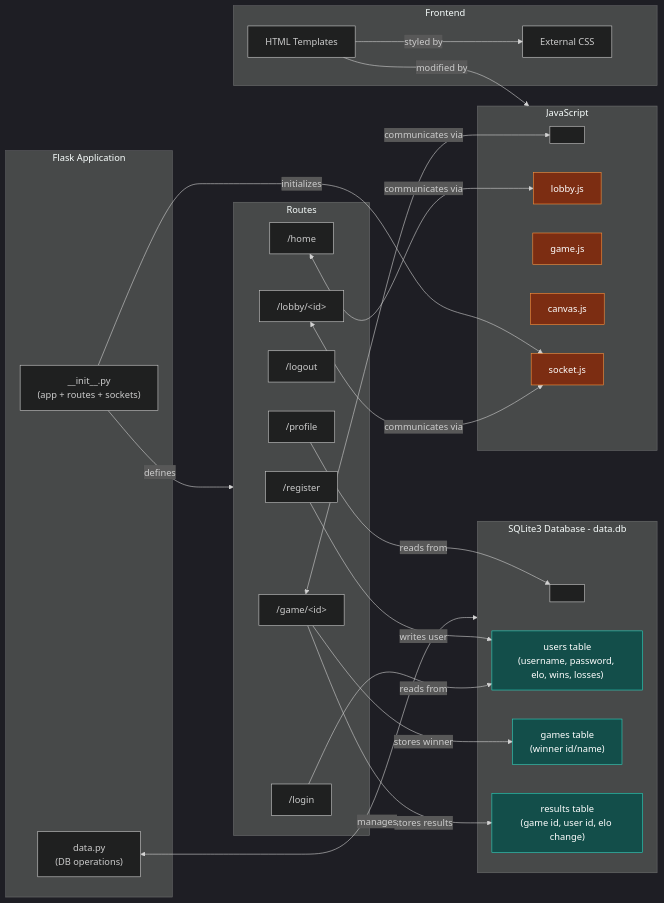
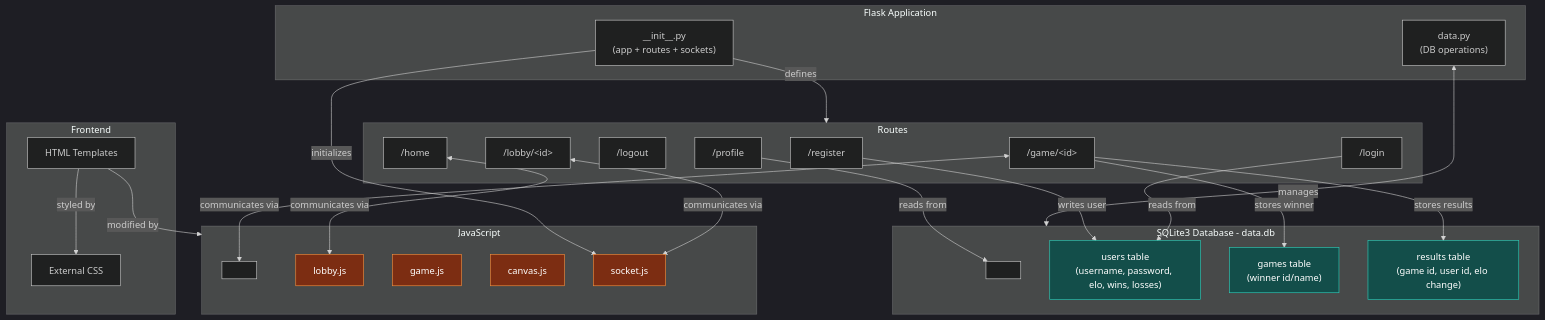
Before and after one commit to SadgeCat/CopyrightedArtist: the first of 2 diagrams in design.md, drawn with Mermaid.

Commit message:
clean up diamgra

````diff
--- a/design.md
+++ b/design.md
@@ -90,60 +90,60 @@
 ```mermaid
 ---
 config:
   theme: dark
 ---
-flowchart LR
+flowchart TB
  subgraph FlaskApp["Flask Application"]
         Init["__init__.py<br>(app + routes + sockets)"]
         DataPy["data.py<br>(DB operations)"]
   end
  subgraph RoutesDetail["Routes"]
         Register["/register"]
         Login["/login"]
         Logout["/logout"]
         Home["/home"]
         Lobby["/lobby/&lt;id&gt;"]
         Game["/game/&lt;id&gt;"]
         Profile["/profile"]
   end
  subgraph Database["SQLite3 Database - data.db"]
         DBAnchor[" "]
         UsersTable["users table<br>(username, password, elo, wins, losses)"]
         GamesTable["games table<br>(winner id/name)"]
         ResultsTable["results table<br>(game id, user id, elo change)"]
   end
  subgraph Frontend["Frontend"]
         HTML["HTML Templates"]
         CSS["External CSS"]
   end
  subgraph JSModules["JavaScript"]
         JSAnchor[" "]
         LobbyJS["lobby.js"]
         GameJS["game.js"]
         CanvasJS["canvas.js"]
         SocketJS["socket.js"]
   end
     Init -- defines --> RoutesDetail
     Init -- initializes --> SocketJS
     Register -- writes user --> UsersTable
     Login -- reads from --> UsersTable
     Profile -- reads from --> DBAnchor
     DataPy <-- manages --> Database
     Game -- stores winner --> GamesTable
     Game -- stores results --> ResultsTable
     HTML -- styled by --> CSS
     HTML -- modified by --> JSModules
     Home <-- communicates via --> LobbyJS
     Lobby <-- communicates via --> SocketJS
     Game <-- communicates via --> JSAnchor
 
      UsersTable:::dbNode
      GamesTable:::dbNode
      ResultsTable:::dbNode
      LobbyJS:::jsNode
      GameJS:::jsNode
      CanvasJS:::jsNode
      SocketJS:::jsNode
     classDef dbNode fill:#134e4a,stroke:#2dd4bf,color:#ffffff
     classDef jsNode fill:#7c2d12,stroke:#fb923c,color:#ffffff
 ```
````
